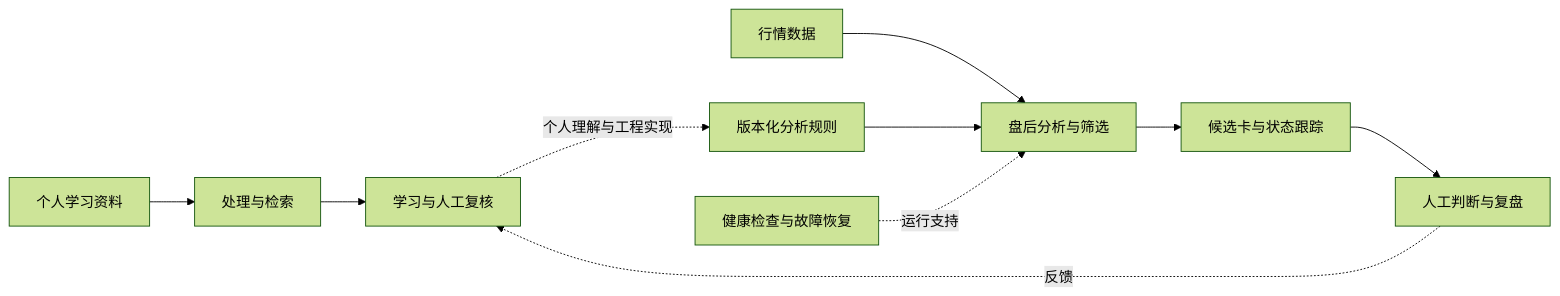
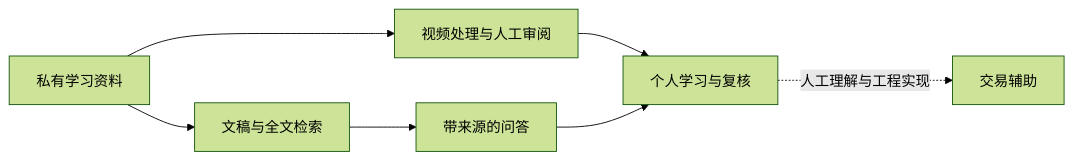
Before and after one commit to Yannyehao/zAI-public: the second of 2 diagrams in README.md, drawn with Mermaid (forest theme). The commit also changed other lines of this file and 18 other files, not shown here.

````diff
--- a/README.md
+++ b/README.md
@@ -39,12 +100,9 @@
 ```mermaid
 flowchart LR
-    A[个人学习资料] --> B[处理与检索]
-    B --> C[学习与人工复核]
-    C -. 个人理解与工程实现 .-> D[版本化分析规则]
-    E[行情数据] --> F[盘后分析与筛选]
-    D --> F
-    F --> G[候选卡与状态跟踪]
-    G --> H[人工判断与复盘]
-    H -. 反馈 .-> C
-    I[健康检查与故障恢复] -. 运行支持 .-> F
+    A[私有学习资料] --> B[文稿与全文检索]
+    A --> C[视频处理与人工审阅]
+    B --> D[带来源的问答]
+    C --> E[个人学习与复核]
+    D --> E
+    E -. 人工理解与工程实现 .-> F[交易辅助]
 ```
````
